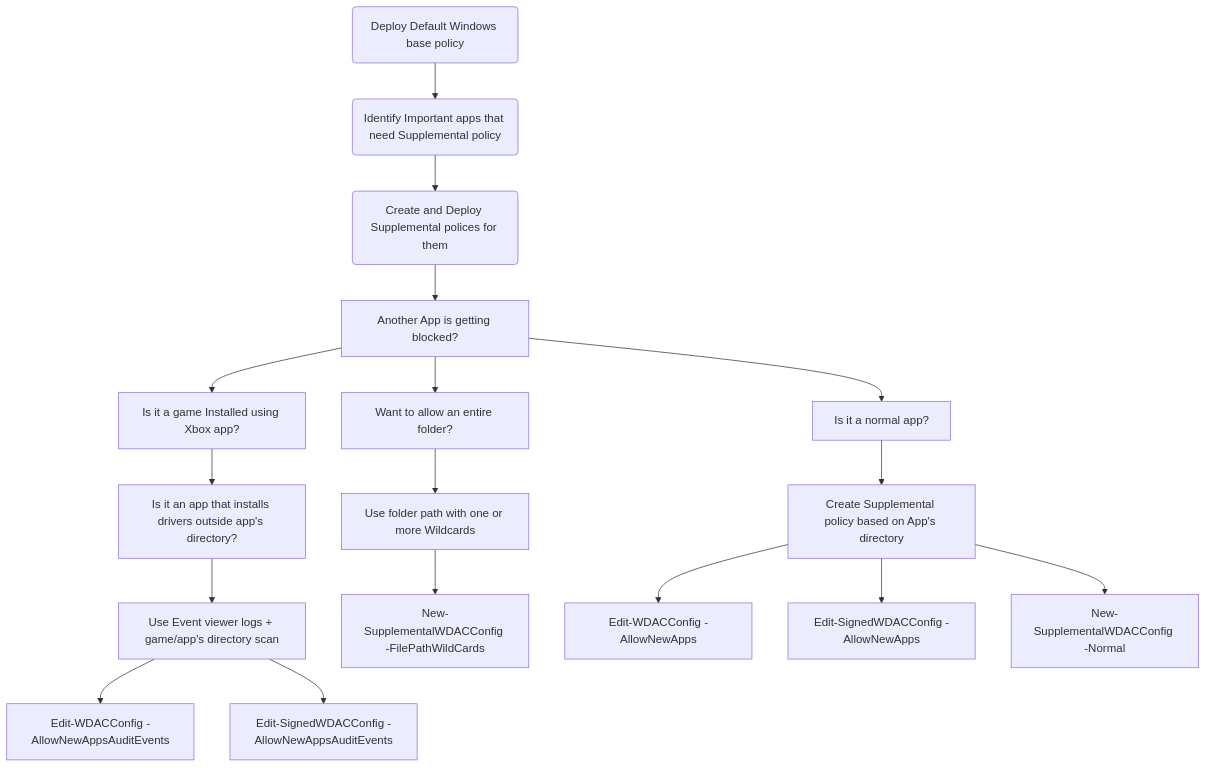
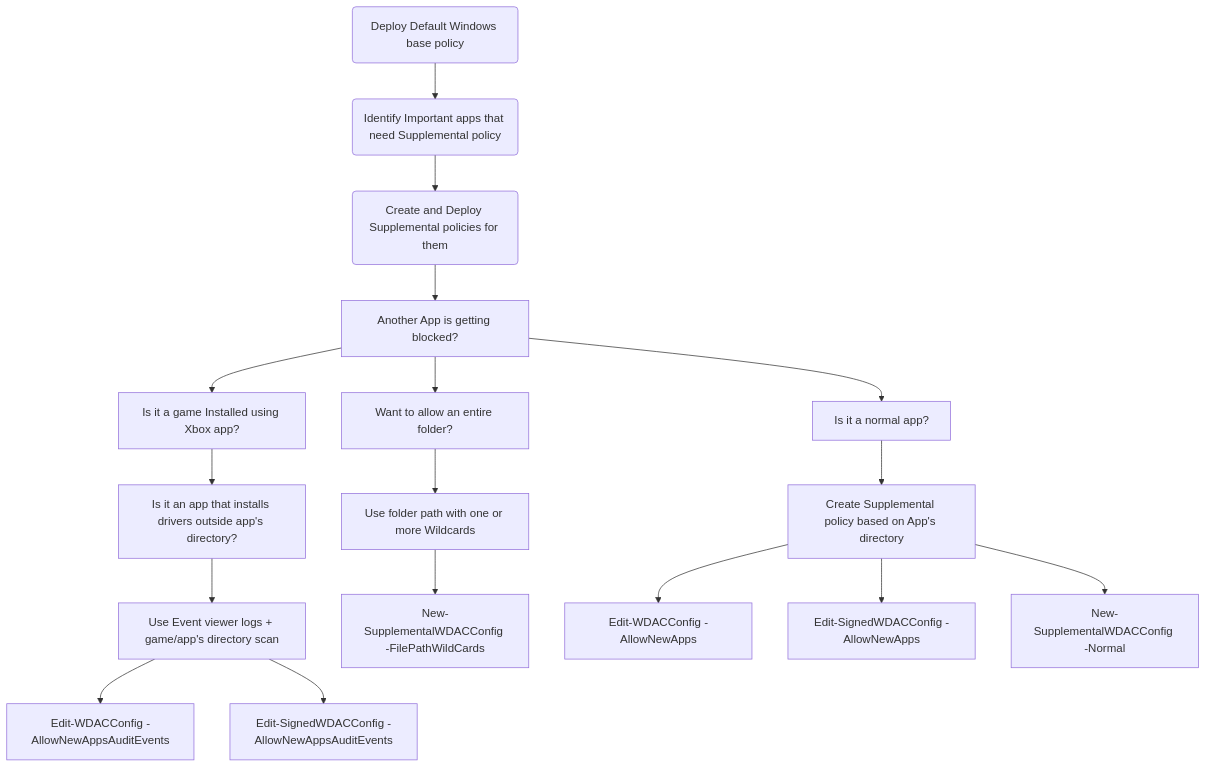
Before and after one commit to HotCakeX/Harden-Windows-Security: the diagram in Wiki posts/Windows Defender Application Control (WDAC)/WDAC for Fully managed device - Variant 2.md, drawn with Mermaid. The commit also changed 4 other files, not shown here.

````diff
--- a/Wiki posts/Windows Defender Application Control (WDAC)/WDAC for Fully managed device - Variant 2.md
+++ b/Wiki posts/Windows Defender Application Control (WDAC)/WDAC for Fully managed device - Variant 2.md
@@ -13,19 +13,19 @@
 ```mermaid
 flowchart TD
     A(Deploy Default Windows base policy) -->B(Identify Important apps that need Supplemental policy)
-    B --> C(Create and Deploy Supplemental polices for them)
+    B --> C(Create and Deploy Supplemental policies for them)
     C --> D[Another App is getting blocked?]
     D --> E[Is it a normal app?]
     E --> F[Create Supplemental policy based on App's directory]
     D --> G[Is it a game Installed using Xbox app?]
     G --> H[Is it an app that installs drivers outside app's directory?]
     H --> I[Use Event viewer logs + game/app's directory scan]
     I --> J[Edit-WDACConfig -AllowNewAppsAuditEvents]
     I --> K[Edit-SignedWDACConfig -AllowNewAppsAuditEvents]       
     D --> L[Want to allow an entire folder?]
     L --> M[Use folder path with one or more Wildcards]
     M --> N[New-SupplementalWDACConfig -FilePathWildCards]
     F --> O[Edit-WDACConfig -AllowNewApps]
     F --> P[Edit-SignedWDACConfig -AllowNewApps]
     F --> Q[New-SupplementalWDACConfig -Normal]
 ```
````
